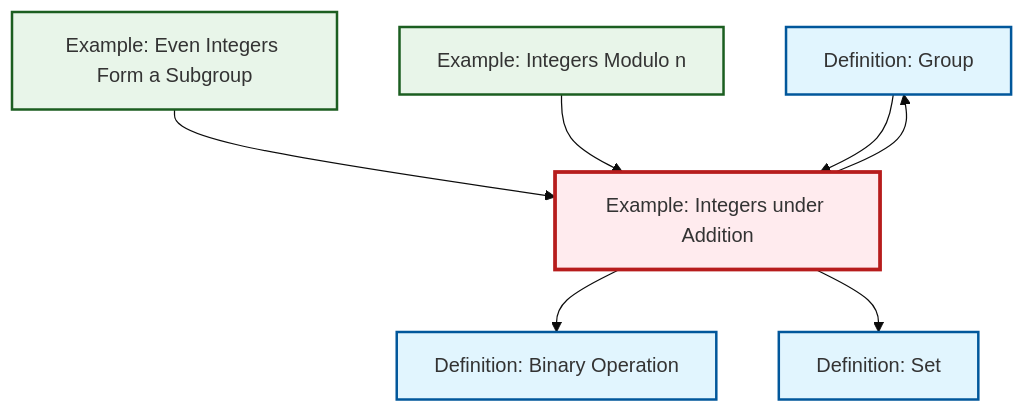
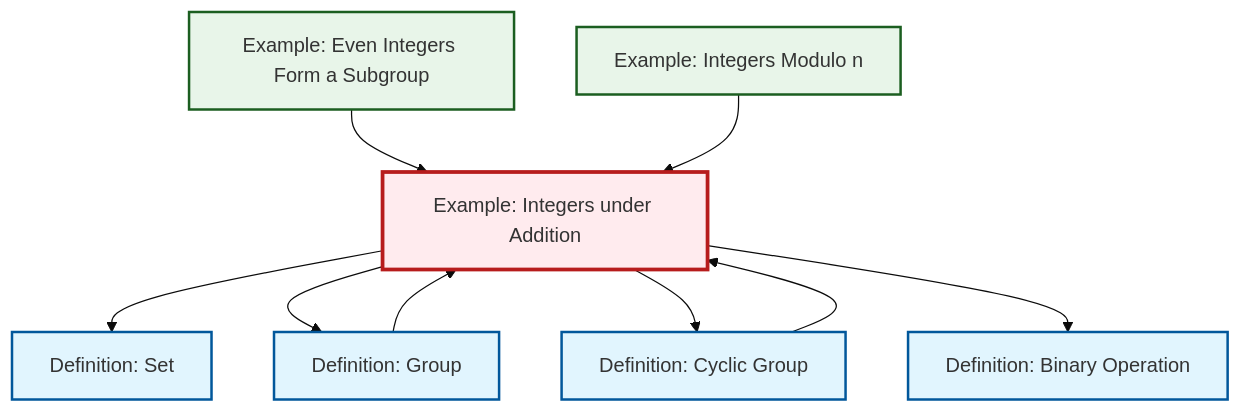
The diagram in content/ja/algebra/ex-integers-addition.qmd (RK0429/ModernMath), drawn with Mermaid (base theme) before and after one commit. The commit also changed 417 other files, not shown here.

````diff
--- a/content/ja/algebra/ex-integers-addition.qmd
+++ b/content/ja/algebra/ex-integers-addition.qmd
@@ -73,27 +73,31 @@
 ```{mermaid}
 %%| fig-cap: "Local dependency graph"
 graph TD
     classDef definition fill:#e1f5fe,stroke:#01579b,stroke-width:2px
     classDef theorem fill:#f3e5f5,stroke:#4a148c,stroke-width:2px
     classDef axiom fill:#fff3e0,stroke:#e65100,stroke-width:2px
     classDef example fill:#e8f5e9,stroke:#1b5e20,stroke-width:2px
     classDef current fill:#ffebee,stroke:#b71c1c,stroke-width:3px
+    ex-even-integers-subgroup["Example: Even Integers Form a Subgroup"]:::example
+    def-cyclic-group["Definition: Cyclic Group"]:::definition
+    ex-quotient-integers-mod-n["Example: Integers Modulo n"]:::example
+    ex-integers-addition["Example: Integers under Addition"]:::example
+    def-binary-operation["Definition: Binary Operation"]:::definition
+    def-group["Definition: Group"]:::definition
     def-set["Definition: Set"]:::definition
-    def-group["Definition: Group"]:::definition
-    ex-integers-addition["Example: Integers under Addition"]:::example
-    ex-even-integers-subgroup["Example: Even Integers Form a Subgroup"]:::example
-    ex-quotient-integers-mod-n["Example: Integers Modulo n"]:::example
-    def-binary-operation["Definition: Binary Operation"]:::definition
-    ex-integers-addition --> def-binary-operation
+    ex-integers-addition --> def-set
+    ex-integers-addition --> def-group
     ex-even-integers-subgroup --> ex-integers-addition
-    ex-integers-addition --> def-set
+    ex-integers-addition --> def-cyclic-group
     ex-quotient-integers-mod-n --> ex-integers-addition
     def-group --> ex-integers-addition
-    ex-integers-addition --> def-group
+    def-cyclic-group --> ex-integers-addition
+    ex-integers-addition --> def-binary-operation
     class ex-integers-addition current
-    click def-set "def-set.html" "Definition: Setへ"
-    click def-group "def-group.html" "Definition: Groupへ"
     click ex-even-integers-subgroup "ex-even-integers-subgroup.html" "Example: Even Integers Form a Subgroupへ"
+    click def-cyclic-group "def-cyclic-group.html" "Definition: Cyclic Groupへ"
     click ex-quotient-integers-mod-n "ex-quotient-integers-mod-n.html" "Example: Integers Modulo nへ"
     click def-binary-operation "def-binary-operation.html" "Definition: Binary Operationへ"
+    click def-group "def-group.html" "Definition: Groupへ"
+    click def-set "def-set.html" "Definition: Setへ"
 ```
````
